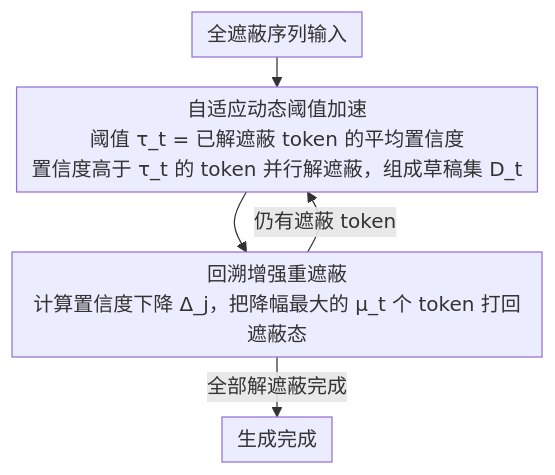
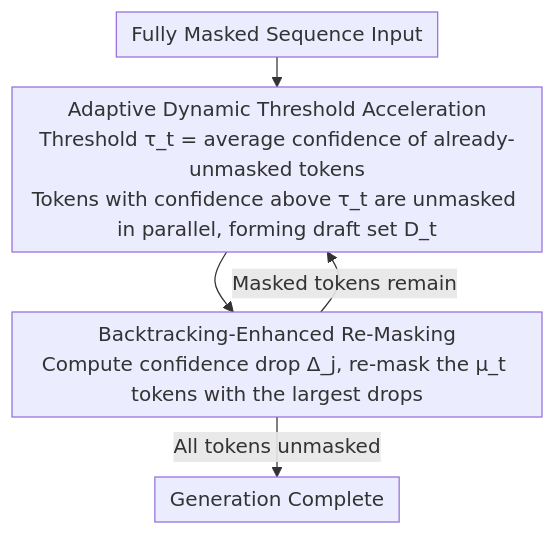
One commit to zhaoyang97/Paper-Notes-en changed the diagram in docs/ACL2026/llm_efficiency/saber_an_efficient_sampling_with_adaptive_acceleration_and_backtracking_enhanced.md. Above: the diagram before and after it, drawn with Mermaid. The commit also changed 644 other files, not shown here.

````diff
--- a/docs/ACL2026/llm_efficiency/saber_an_efficient_sampling_with_adaptive_acceleration_and_backtracking_enhanced.md
+++ b/docs/ACL2026/llm_efficiency/saber_an_efficient_sampling_with_adaptive_acceleration_and_backtracking_enhanced.md
@@ -50,8 +50,8 @@
 ```mermaid
 %%{init: {'flowchart': {'rankSpacing': 24, 'nodeSpacing': 28, 'padding': 6, 'wrappingWidth': 400}}}%%
 flowchart TD
-    A["全遮蔽序列输入"] --> B["自适应动态阈值加速<br/>阈值 τ_t = 已解遮蔽 token 的平均置信度<br/>置信度高于 τ_t 的 token 并行解遮蔽，组成草稿集 D_t"]
-    B --> C["回溯增强重遮蔽<br/>计算置信度下降 Δ_j，把降幅最大的 μ_t 个 token 打回遮蔽态"]
-    C -->|仍有遮蔽 token| B
-    C -->|全部解遮蔽完成| D["生成完成"]
+    A["Fully Masked Sequence Input"] --> B["Adaptive Dynamic Threshold Acceleration<br/>Threshold τ_t = average confidence of already-unmasked tokens<br/>Tokens with confidence above τ_t are unmasked in parallel, forming draft set D_t"]
+    B --> C["Backtracking-Enhanced Re-Masking<br/>Compute confidence drop Δ_j, re-mask the μ_t tokens with the largest drops"]
+    C -->|Masked tokens remain| B
+    C -->|All tokens unmasked| D["Generation Complete"]
 ```
````
